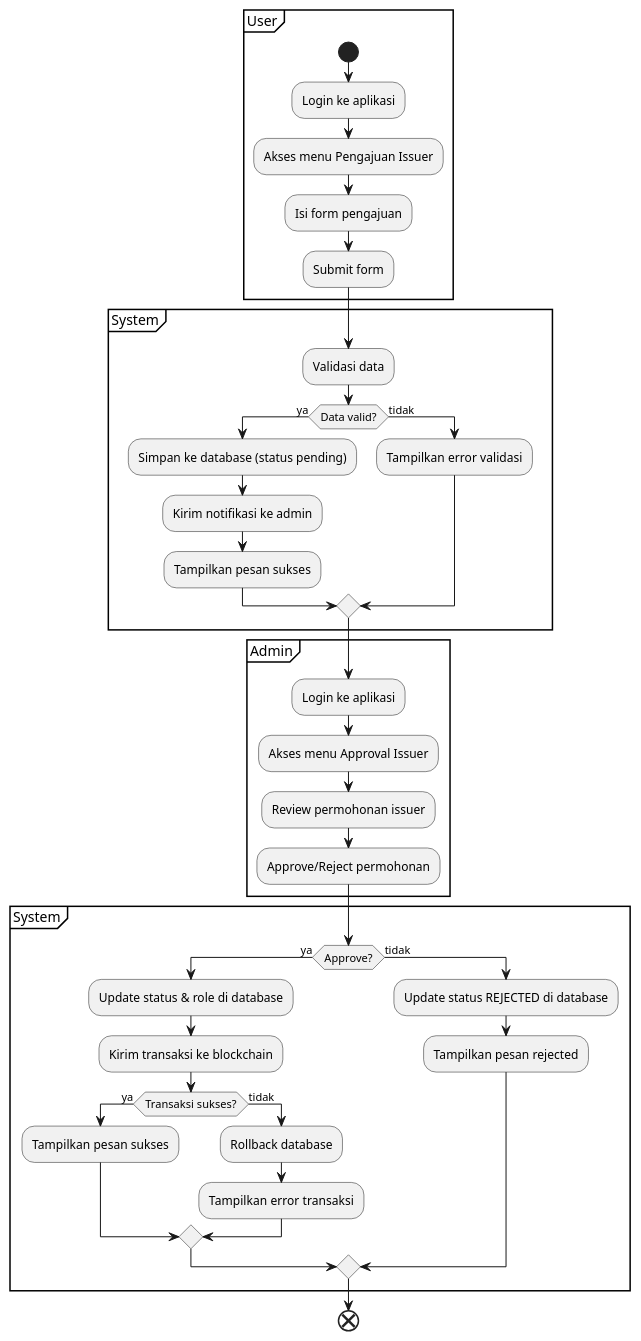
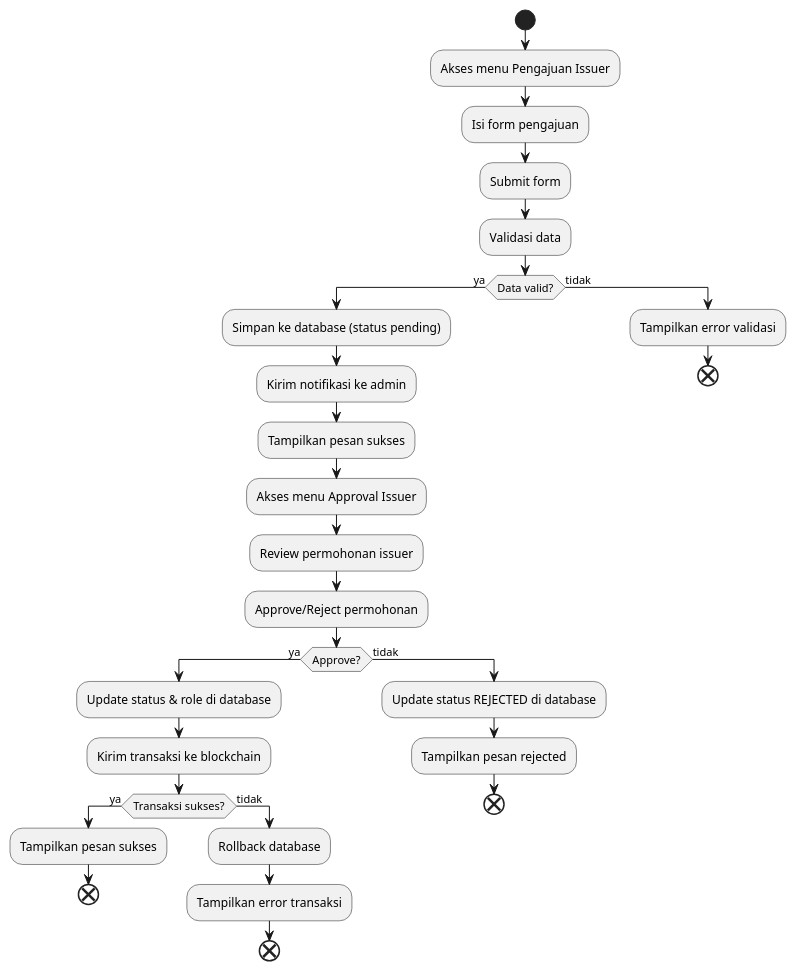
The diagram in plantuml/activity/activity_pengajuan_dan_approval_issuer.puml (Aguh18/Skripsi-Projek-Penerbitan-Sertifikat-Berbasis-Blockhain-Polygon), drawn with PlantUML before and after one commit. The commit also changed 24 other files, not shown here.

```diff
--- a/plantuml/activity/activity_pengajuan_dan_approval_issuer.puml
+++ b/plantuml/activity/activity_pengajuan_dan_approval_issuer.puml
@@ -1,41 +1,35 @@
 @startuml
-partition User {
-  start
-  :Login ke aplikasi;
-  :Akses menu Pengajuan Issuer;
-  :Isi form pengajuan;
-  :Submit form;
-}
-partition System {
-  :Validasi data;
-  if (Data valid?) then (ya)
-    :Simpan ke database (status pending);
-    :Kirim notifikasi ke admin;
-    :Tampilkan pesan sukses;
-  else (tidak)
-    :Tampilkan error validasi;
-  endif
-}
-partition Admin {
-  :Login ke aplikasi;
+' Activity Diagram Pengajuan dan Approval Issuer
+start
+:Akses menu Pengajuan Issuer;
+:Isi form pengajuan;
+:Submit form;
+:Validasi data;
+if (Data valid?) then (ya)
+  :Simpan ke database (status pending);
+  :Kirim notifikasi ke admin;
+  :Tampilkan pesan sukses;
   :Akses menu Approval Issuer;
   :Review permohonan issuer;
   :Approve/Reject permohonan;
-}
-partition System {
   if (Approve?) then (ya)
     :Update status & role di database;
     :Kirim transaksi ke blockchain;
     if (Transaksi sukses?) then (ya)
       :Tampilkan pesan sukses;
+      end
     else (tidak)
       :Rollback database;
       :Tampilkan error transaksi;
+      end
     endif
   else (tidak)
     :Update status REJECTED di database;
     :Tampilkan pesan rejected;
+    end
   endif
-}
-end
+else (tidak)
+  :Tampilkan error validasi;
+  end
+endif
 @enduml 
```
